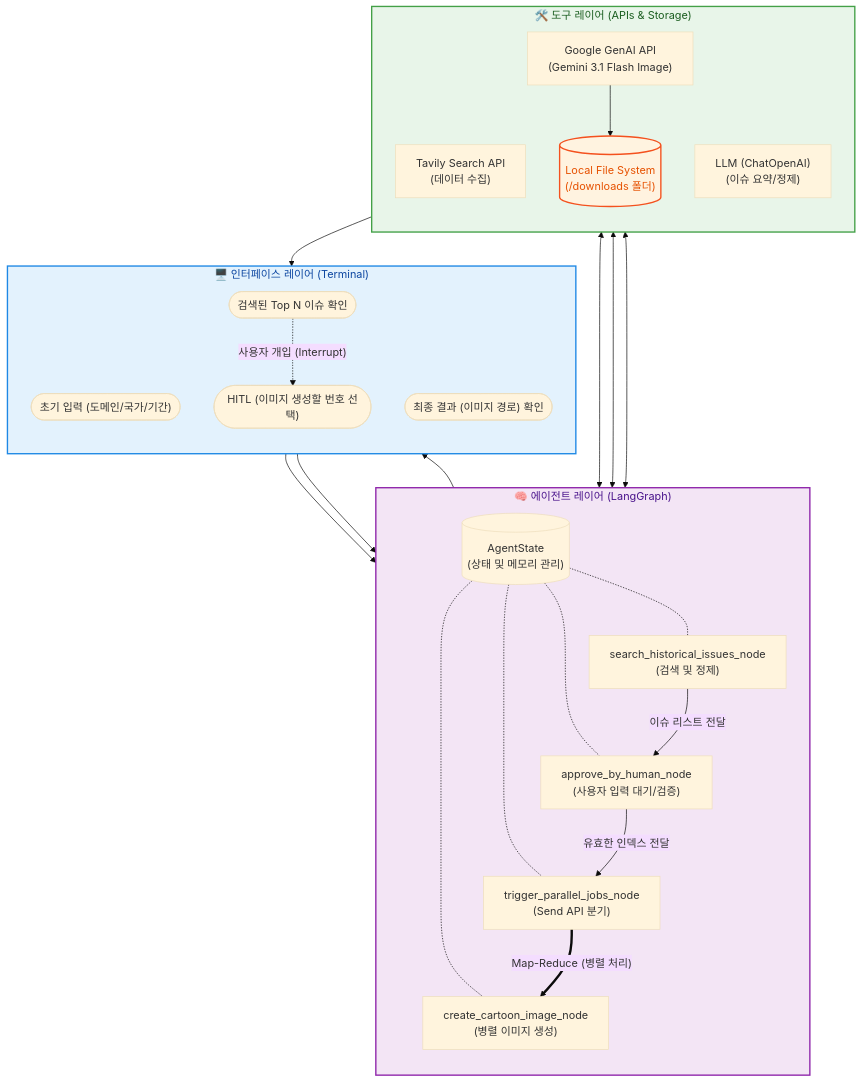
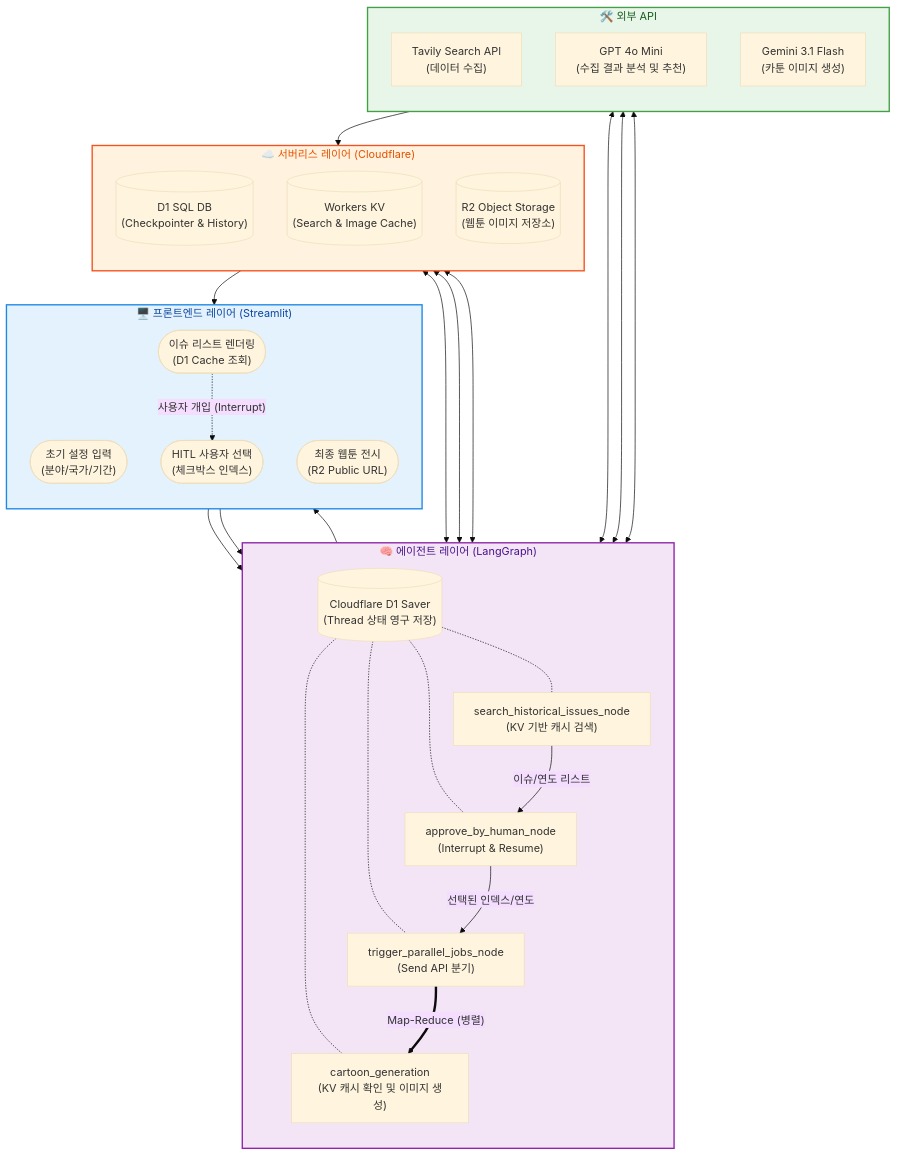
Before and after one commit to toweringcloud/reflex-langgraph-challenge: the diagram in geo_master_agents/README.md, drawn with Mermaid (base theme). The commit also changed other lines of this file and 4 other files, not shown here.

````diff
--- a/geo_master_agents/README.md
+++ b/geo_master_agents/README.md
@@ -51,55 +51,66 @@
 ```mermaid
 flowchart TB
     %% 스타일 정의
     classDef interface fill:#e3f2fd,stroke:#1e88e5,stroke-width:2px,color:#0d47a1
     classDef agent fill:#f3e5f5,stroke:#8e24aa,stroke-width:2px,color:#4a148c
+    classDef serverless fill:#fff3e0,stroke:#f4511e,stroke-width:2px,color:#e65100
     classDef tools fill:#e8f5e9,stroke:#43a047,stroke-width:2px,color:#1b5e20
-    classDef storage fill:#fff3e0,stroke:#f4511e,stroke-width:2px,color:#e65100
 
-    subgraph Interface ["🖥️ 인터페이스 레이어 (Terminal)"]
+    subgraph Interface ["🖥️ 프론트엔드 레이어 (Streamlit)"]
         direction TB
-        UI1(["초기 입력 (도메인/국가/기간)"])
-        UI2(["검색된 Top N 이슈 확인"])
-        UI3(["HITL (이미지 생성할 번호 선택)"])
-        UI4(["최종 결과 (이미지 경로) 확인"])
+        UI1(["초기 설정 입력<br/>(분야/국가/기간)"])
+        UI2(["이슈 리스트 렌더링<br/>(D1 Cache 조회)"])
+        UI3(["HITL 사용자 선택<br/>(체크박스 인덱스)"])
+        UI4(["최종 웹툰 전시<br/>(R2 Public URL)"])
     end
 
     subgraph Agent ["🧠 에이전트 레이어 (LangGraph)"]
         direction TB
-        State[("AgentState\n(상태 및 메모리 관리)")]
-        N1["search_historical_issues_node\n(검색 및 정제)"]
-        N2["approve_by_human_node\n(사용자 입력 대기/검증)"]
-        N3["trigger_parallel_jobs_node\n(Send API 분기)"]
-        N4["create_cartoon_image_node\n(병렬 이미지 생성)"]
+        Saver[("Cloudflare D1 Saver<br/>(Thread 상태 영구 저장)")]
+        N1["search_historical_issues_node<br/>(KV 기반 캐시 검색)"]
+        N2["approve_by_human_node<br/>(Interrupt & Resume)"]
+        N3["trigger_parallel_jobs_node<br/>(Send API 분기)"]
+        N4["cartoon_generation<br/>(KV 캐시 확인 및 이미지 생성)"]
 
-        State -.- N1 & N2 & N3 & N4
-        N1 -->|이슈 리스트 전달| N2
-        N2 -->|유효한 인덱스 전달| N3
-        N3 == "Map-Reduce (병렬 처리)" ==> N4
+        Saver -.- N1 & N2 & N3 & N4
+        N1 -->|이슈/연도 리스트| N2
+        N2 -->|선택된 인덱스/연도| N3
+        N3 == "Map-Reduce (병렬)" ==> N4
     end
 
-    subgraph Tools ["🛠️ 도구 레이어 (APIs & Storage)"]
+    subgraph Serverless ["☁️ 서버리스 레이어 (Cloudflare)"]
         direction TB
-        T1["Tavily Search API\n(데이터 수집)"]
-        T2["LLM (ChatOpenAI)\n(이슈 요약/정제)"]
-        T3["Google GenAI API\n(Gemini 3.1 Flash Image)"]
-        FS[("Local File System\n(/downloads 폴더)")]
+        D1[("D1 SQL DB<br/>(Checkpointer & History)")]
+        KV[("Workers KV<br/>(Search & Image Cache)")]
+        R2[("R2 Object Storage<br/>(웹툰 이미지 저장소)")]
     end
 
-    %% 레이어 간 상호작용 흐름
+    subgraph Tools ["🛠️ 외부 API"]
+        direction TB
+        Tavily["Tavily Search API<br/>(데이터 수집)"]
+        GPT["GPT 4o Mini<br/>(수집 결과 분석 및 추천)"]
+        Gemini["Gemini 3.1 Flash<br/>(카툰 이미지 생성)"]
+    end
+
+    %% 상호작용 흐름
     UI1 --> N1
-    N1 <--> T1
-    N1 <--> T2
+    N1 <--> GPT
+    N1 <--> KV
+    N1 <--> Tavily
     N1 --> UI2
+
     UI2 -. "사용자 개입 (Interrupt)" .-> UI3
     UI3 --> N2
-    N4 <--> T3
-    T3 --> FS
-    FS --> UI4
+    N2 <--> D1
+
+    N4 <--> KV
+    N4 <--> Gemini
+    Gemini --> R2
+    R2 --> UI4
 
     %% 클래스 적용
     class Interface interface
     class Agent agent
+    class Serverless serverless
     class Tools tools
-    class FS storage
 ```
````
